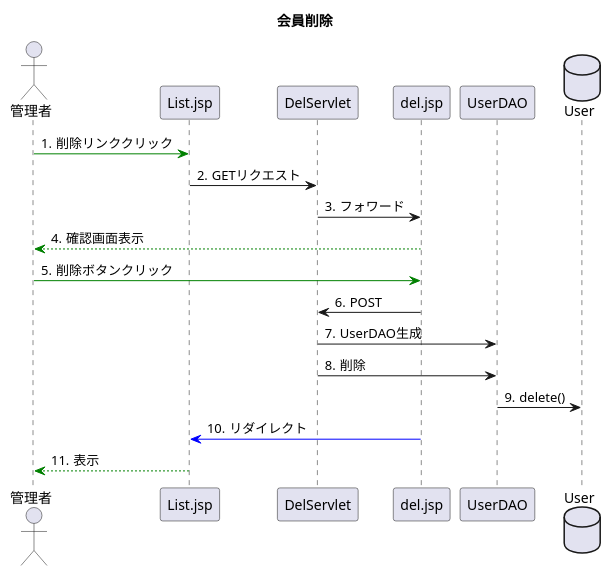
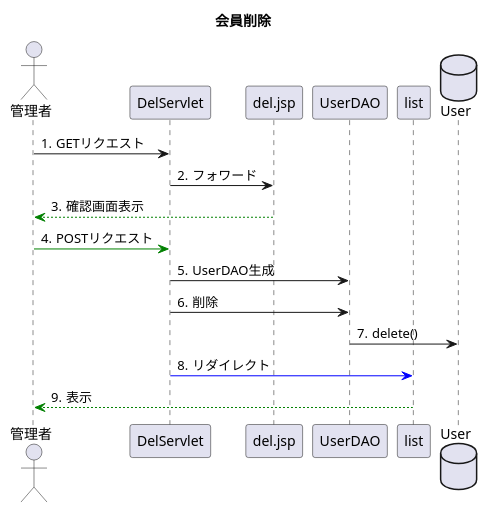
One commit to toufu66/ProjectC changed the diagram in uml_detail/seq_del.pu. Above: the diagram before and after it, drawn with PlantUML.

Commit message:
デリーと詳細追記

```diff
--- a/uml_detail/seq_del.pu
+++ b/uml_detail/seq_del.pu
@@ -1,19 +1,19 @@
 @startuml
 title 会員削除
 autonumber "#."
 actor 管理者
 database User
 
-管理者 -[#green]> List.jsp:削除リンククリック
-List.jsp ->DelServlet:GETリクエスト
+
+管理者 ->DelServlet:GETリクエスト
 DelServlet -> del.jsp:フォワード
 del.jsp --[#green]> 管理者:確認画面表示
-管理者 -[#green]> del.jsp:削除ボタンクリック
-del.jsp -> DelServlet:POST
+管理者 -[#green]> DelServlet:POSTリクエスト
+
 DelServlet -> UserDAO:UserDAO生成
 DelServlet -> UserDAO:削除
 UserDAO -> User:delete()
-del.jsp-[#blue]> List.jsp:リダイレクト
-List.jsp --[#green]> 管理者:表示
+DelServlet-[#blue]> list:リダイレクト
+list --[#green]> 管理者:表示
 database User
 @enduml
```
